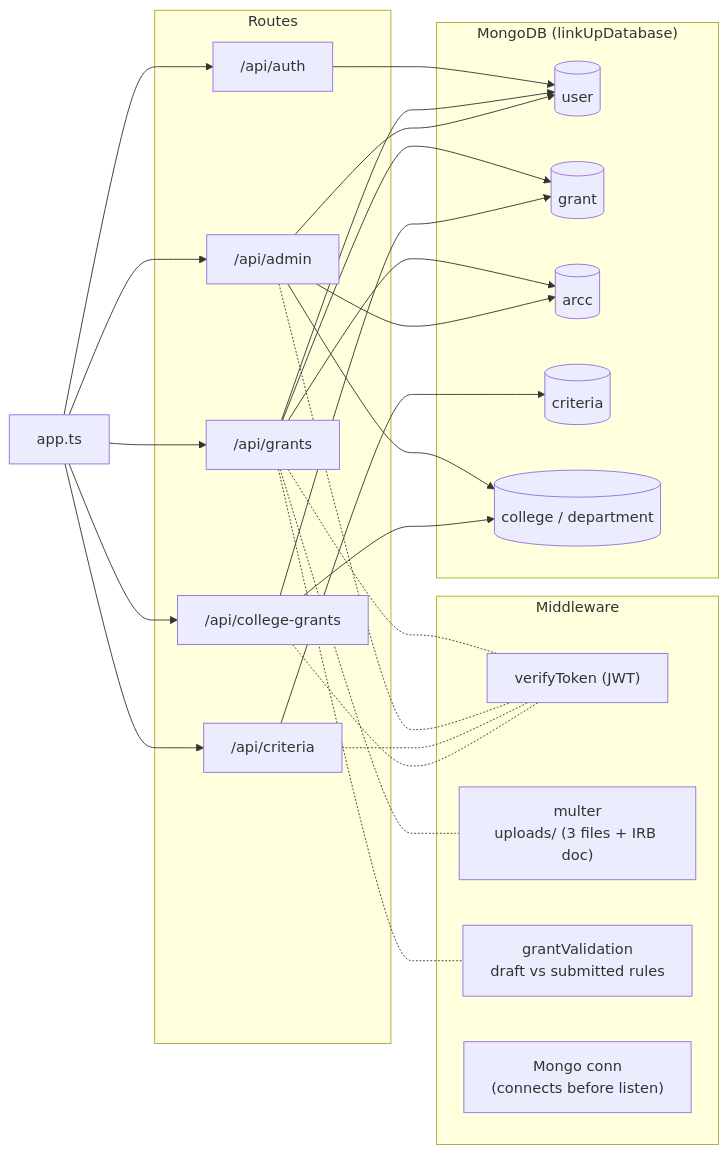
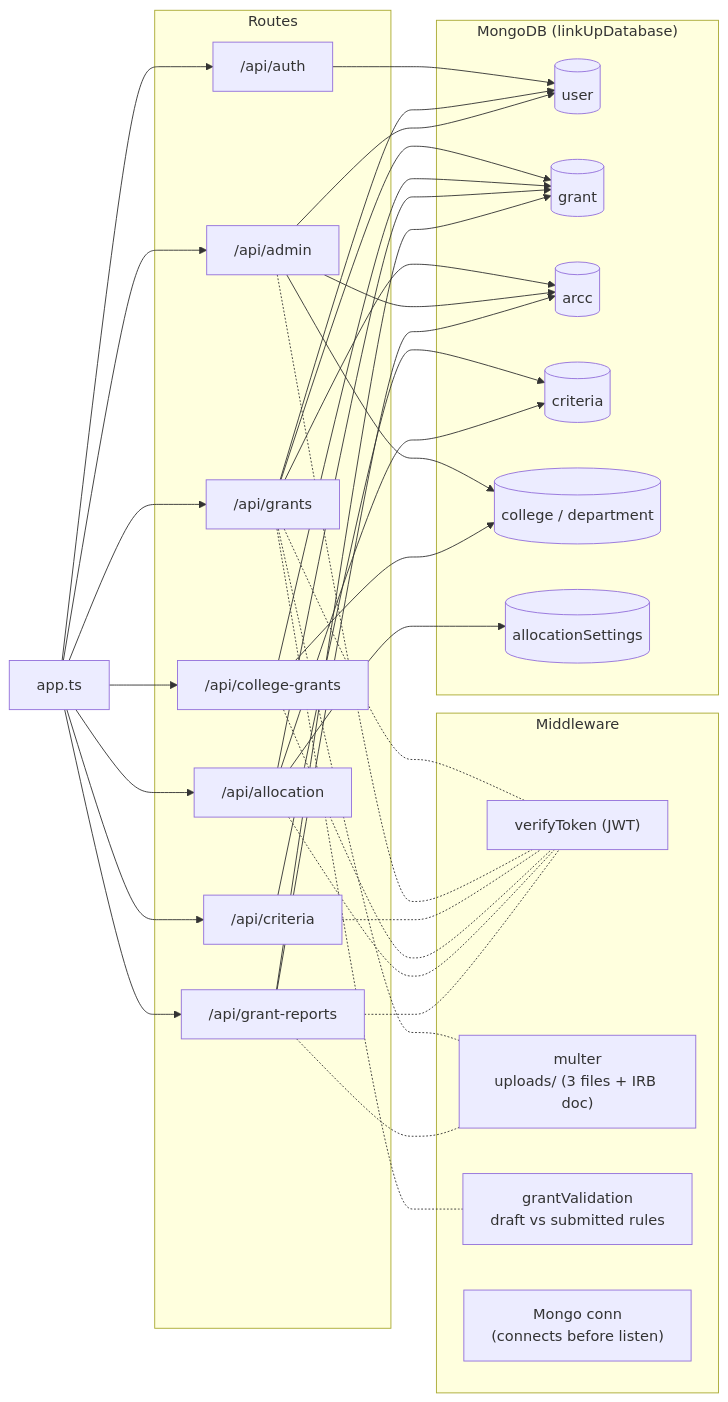
Before and after one commit to jayantiacharya/grant-management-system: the third of 8 diagrams in docs/architecture.md, drawn with Mermaid. The commit also changed other lines of this file and 3 other files, not shown here.

First line of the commit message:
docs: sync architecture and data model with allocation backend

````diff
--- a/docs/architecture.md
+++ b/docs/architecture.md
@@ -75,39 +77,46 @@
 ```mermaid
 flowchart LR
     APP["app.ts"]
 
     subgraph Middleware
         VERIFY["verifyToken (JWT)"]
         MULTER["multer<br/>uploads/ (3 files + IRB doc)"]
         VALID["grantValidation<br/>draft vs submitted rules"]
         CONN["Mongo conn<br/>(connects before listen)"]
     end
 
     subgraph Routes
         AUTHR["/api/auth"]
         GRANTR["/api/grants"]
         ADMINR["/api/admin"]
         CRITR["/api/criteria"]
         CGR["/api/college-grants"]
+        ALLOCR["/api/allocation"]
+        GRPTR["/api/grant-reports"]
     end
 
     subgraph Collections ["MongoDB (linkUpDatabase)"]
         CUSER[("user")]
         CGRANT[("grant")]
         CARCC[("arcc")]
         CCRIT[("criteria")]
         CCOLL[("college / department")]
+        CALLOC[("allocationSettings")]
     end
 
-    APP --> AUTHR & GRANTR & ADMINR & CRITR & CGR
+    APP --> AUTHR & GRANTR & ADMINR & CRITR & CGR & ALLOCR & GRPTR
     GRANTR -.- VERIFY & VALID & MULTER
     ADMINR -.- VERIFY
     CRITR -.- VERIFY
     CGR -.- VERIFY
+    ALLOCR -.- VERIFY
+    GRPTR -.- VERIFY & MULTER
 
     AUTHR --> CUSER
     GRANTR --> CGRANT & CARCC & CUSER
     ADMINR --> CCOLL & CARCC & CUSER
     CRITR --> CCRIT
     CGR --> CGRANT & CCOLL
+    ALLOCR --> CGRANT & CCRIT & CALLOC
+    GRPTR --> CGRANT & CARCC
 ```
````
